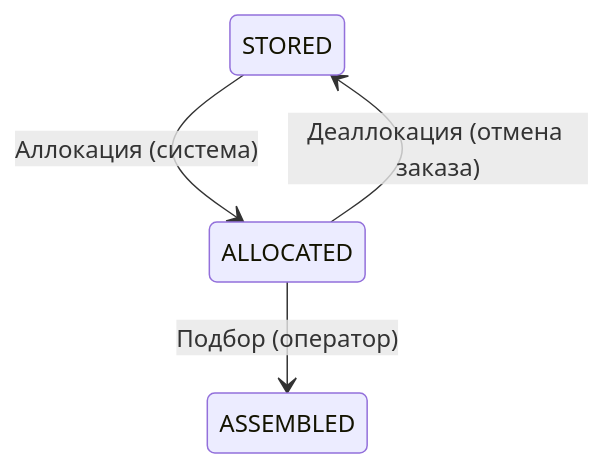
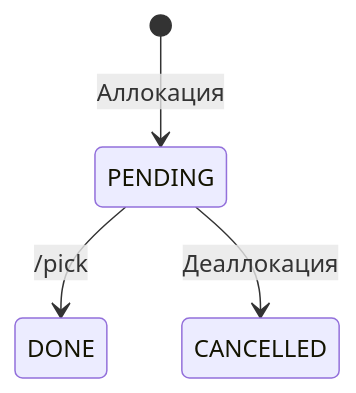
One commit to oglenyaboss/avalanche-wms changed the fourth of 6 diagrams in docs/flows/assembly-flow.md. Above: the diagram before and after it, drawn with Mermaid. The commit also changed other lines of this file and 1 other file, not shown here.

First line of the commit message:
docs(flows): обновить assembly и shipping под решения встречи по outbound-потоку

````diff
--- a/docs/flows/assembly-flow.md
+++ b/docs/flows/assembly-flow.md
@@ -73,6 +125,6 @@
 ```mermaid
 stateDiagram-v2
-    STORED --> ALLOCATED : Аллокация (система)
-    ALLOCATED --> ASSEMBLED : Подбор (оператор)
-    ALLOCATED --> STORED : Деаллокация (отмена заказа)
+    [*] --> PENDING : Аллокация
+    PENDING --> DONE : /pick
+    PENDING --> CANCELLED : Деаллокация
 ```
````
